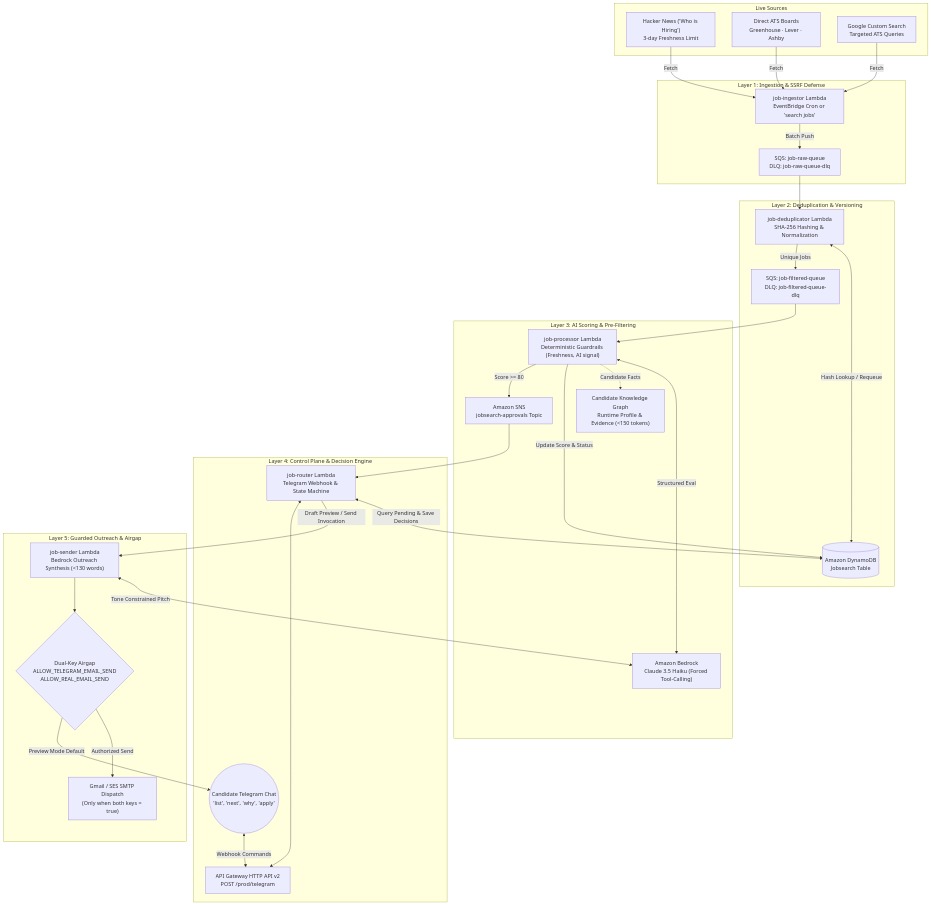
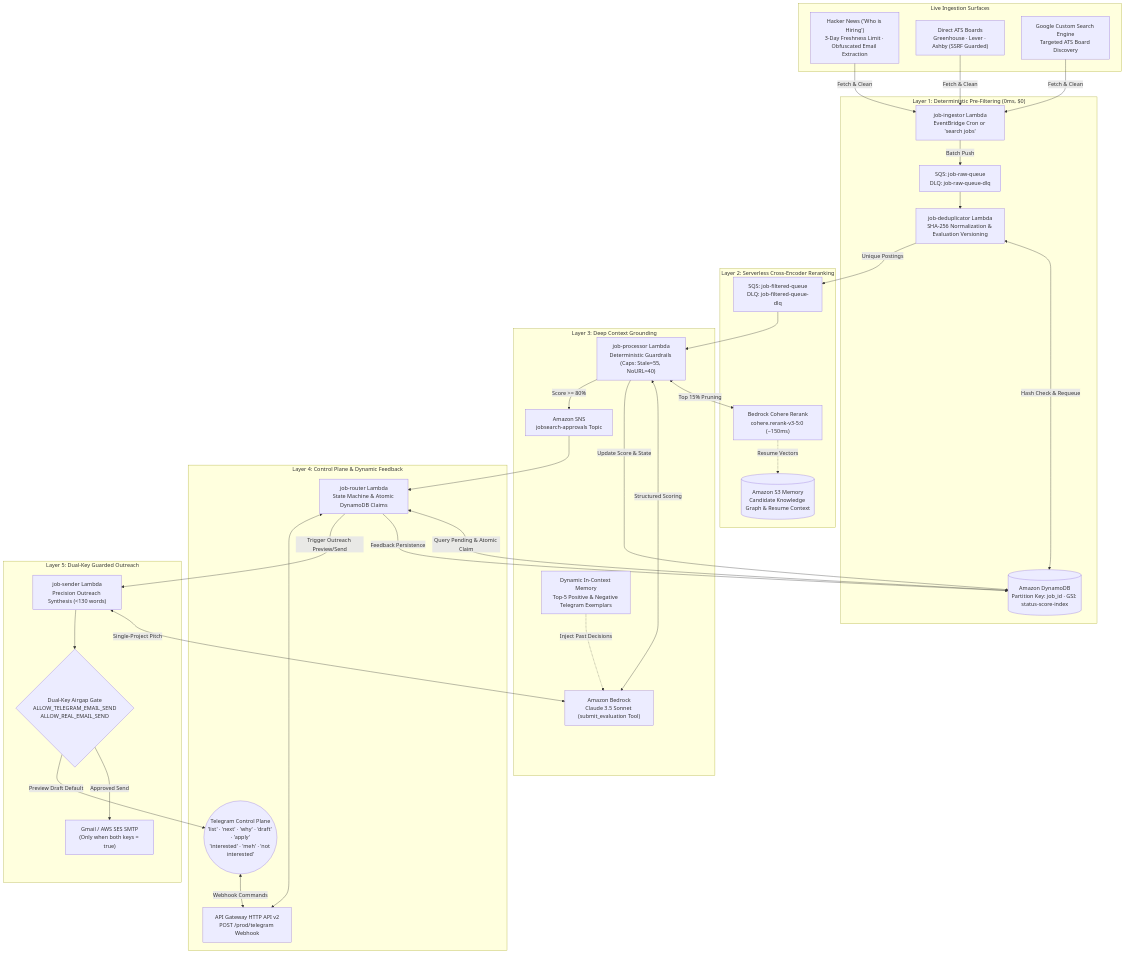
Before and after one commit to Nites-24/jobhunt: the diagram in README.md, drawn with Mermaid. The commit also changed other lines of this file and 6 other files, not shown here.

Commit message:
docs(showcase): elevate README, Architecture whitepaper, and enterprise open-source community assets

````diff
--- a/README.md
+++ b/README.md
@@ -18,56 +32,58 @@
 ```mermaid
 flowchart TD
-    subgraph S["Live Sources"]
-        HN["Hacker News ('Who is Hiring')<br/>3-day Freshness Limit"]
-        ATS["Direct ATS Boards<br/>Greenhouse · Lever · Ashby"]
-        CSE["Google Custom Search<br/>Targeted ATS Queries"]
+    subgraph S["Live Ingestion Surfaces"]
+        HN["Hacker News ('Who is Hiring')<br/>3-Day Freshness Limit · Obfuscated Email Extraction"]
+        ATS["Direct ATS Boards<br/>Greenhouse · Lever · Ashby (SSRF Guarded)"]
+        CSE["Google Custom Search Engine<br/>Targeted ATS Board Discovery"]
     end
 
-    subgraph L1["Layer 1: Ingestion & SSRF Defense"]
+    subgraph L1["Layer 1: Deterministic Pre-Filtering (0ms, $0)"]
         ING["job-ingestor Lambda<br/>EventBridge Cron or 'search jobs'"]
         RAW_Q["SQS: job-raw-queue<br/>DLQ: job-raw-queue-dlq"]
+        DEDUP["job-deduplicator Lambda<br/>SHA-256 Normalization & Evaluation Versioning"]
+        DDB[("Amazon DynamoDB<br/>Partition Key: job_id · GSI: status-score-index")]
     end
 
-    subgraph L2["Layer 2: Deduplication & Versioning"]
-        DEDUP["job-deduplicator Lambda<br/>SHA-256 Hashing & Normalization"]
-        DDB[("Amazon DynamoDB<br/>Jobsearch Table")]
+    subgraph L2["Layer 2: Serverless Cross-Encoder Reranking"]
         FILT_Q["SQS: job-filtered-queue<br/>DLQ: job-filtered-queue-dlq"]
+        RERANK["Bedrock Cohere Rerank<br/>cohere.rerank-v3-5:0 (~150ms)"]
+        S3_MEM[("Amazon S3 Memory<br/>Candidate Knowledge Graph & Resume Context")]
     end
 
-    subgraph L3["Layer 3: AI Scoring & Pre-Filtering"]
-        PROC["job-processor Lambda<br/>Deterministic Guardrails (Freshness, AI signal)"]
-        BEDROCK["Amazon Bedrock<br/>Claude 3.5 Haiku (Forced Tool-Calling)"]
-        KG["Candidate Knowledge Graph<br/>Runtime Profile & Evidence (<150 tokens)"]
+    subgraph L3["Layer 3: Deep Context Grounding"]
+        PROC["job-processor Lambda<br/>Deterministic Guardrails (Caps: Stale=55, NoURL=40)"]
+        BEDROCK["Amazon Bedrock<br/>Claude 3.5 Sonnet (submit_evaluation Tool)"]
+        FEEDBACK_MEM["Dynamic In-Context Memory<br/>Top-5 Positive & Negative Telegram Exemplars"]
         SNS["Amazon SNS<br/>jobsearch-approvals Topic"]
     end
 
-    subgraph L4["Layer 4: Control Plane & Decision Engine"]
-        APIGW["API Gateway HTTP API v2<br/>POST /prod/telegram"]
-        ROUTER["job-router Lambda<br/>Telegram Webhook & State Machine"]
-        TG(("Candidate Telegram Chat<br/>'list', 'next', 'why', 'apply'"))
+    subgraph L4["Layer 4: Control Plane & Dynamic Feedback"]
+        APIGW["API Gateway HTTP API v2<br/>POST /prod/telegram Webhook"]
+        ROUTER["job-router Lambda<br/>State Machine & Atomic DynamoDB Claims"]
+        TG(("Telegram Control Plane<br/>'list' · 'next' · 'why' · 'draft' · 'apply'<br/>'interested' · 'meh' · 'not interested'"))
     end
 
-    subgraph L5["Layer 5: Guarded Outreach & Airgap"]
-        SENDER["job-sender Lambda<br/>Bedrock Outreach Synthesis (<130 words)"]
-        AIRGAP{"Dual-Key Airgap<br/>ALLOW_TELEGRAM_EMAIL_SEND<br/>ALLOW_REAL_EMAIL_SEND"}
-        SMTP["Gmail / SES SMTP Dispatch<br/>(Only when both keys = true)"]
+    subgraph L5["Layer 5: Dual-Key Guarded Outreach"]
+        SENDER["job-sender Lambda<br/>Precision Outreach Synthesis (<130 words)"]
+        AIRGAP{"Dual-Key Airgap Gate<br/>ALLOW_TELEGRAM_EMAIL_SEND<br/>ALLOW_REAL_EMAIL_SEND"}
+        SMTP["Gmail / AWS SES SMTP<br/>(Only when both keys = true)"]
     end
 
-    HN & ATS & CSE -->|Fetch| ING -->|Batch Push| RAW_Q
-    RAW_Q --> DEDUP
-    DEDUP <-->|Hash Lookup / Requeue| DDB
-    DEDUP -->|Unique Jobs| FILT_Q
-    FILT_Q --> PROC
-    PROC <-->|Structured Eval| BEDROCK
-    PROC -.->|Candidate Facts| KG
-    PROC -->|Update Score & Status| DDB
-    PROC -->|Score >= 80| SNS
-    SNS --> ROUTER
+    HN & ATS & CSE -->|Fetch & Clean| ING -->|Batch Push| RAW_Q
+    RAW_Q --> DEDUP <-->|Hash Check & Requeue| DDB
+    DEDUP -->|Unique Postings| FILT_Q --> PROC
+    PROC <-->|Top 15% Pruning| RERANK
+    RERANK -.->|Resume Vectors| S3_MEM
+    PROC <-->|Structured Scoring| BEDROCK
+    FEEDBACK_MEM -.->|Inject Past Decisions| BEDROCK
+    PROC -->|Update Score & State| DDB
+    PROC -->|Score >= 80%| SNS --> ROUTER
     TG <-->|Webhook Commands| APIGW <--> ROUTER
-    ROUTER <-->|Query Pending & Save Decisions| DDB
-    ROUTER -->|Draft Preview / Send Invocation| SENDER
-    SENDER <-->|Tone Constrained Pitch| BEDROCK
+    ROUTER <-->|Query Pending & Atomic Claim| DDB
+    ROUTER -->|Feedback Persistence| DDB
+    ROUTER -->|Trigger Outreach Preview/Send| SENDER
+    SENDER <-->|Single-Project Pitch| BEDROCK
     SENDER --> AIRGAP
-    AIRGAP -->|Authorized Send| SMTP
-    AIRGAP -->|Preview Mode Default| TG
+    AIRGAP -->|Approved Send| SMTP
+    AIRGAP -->|Preview Draft Default| TG
 ```
````
